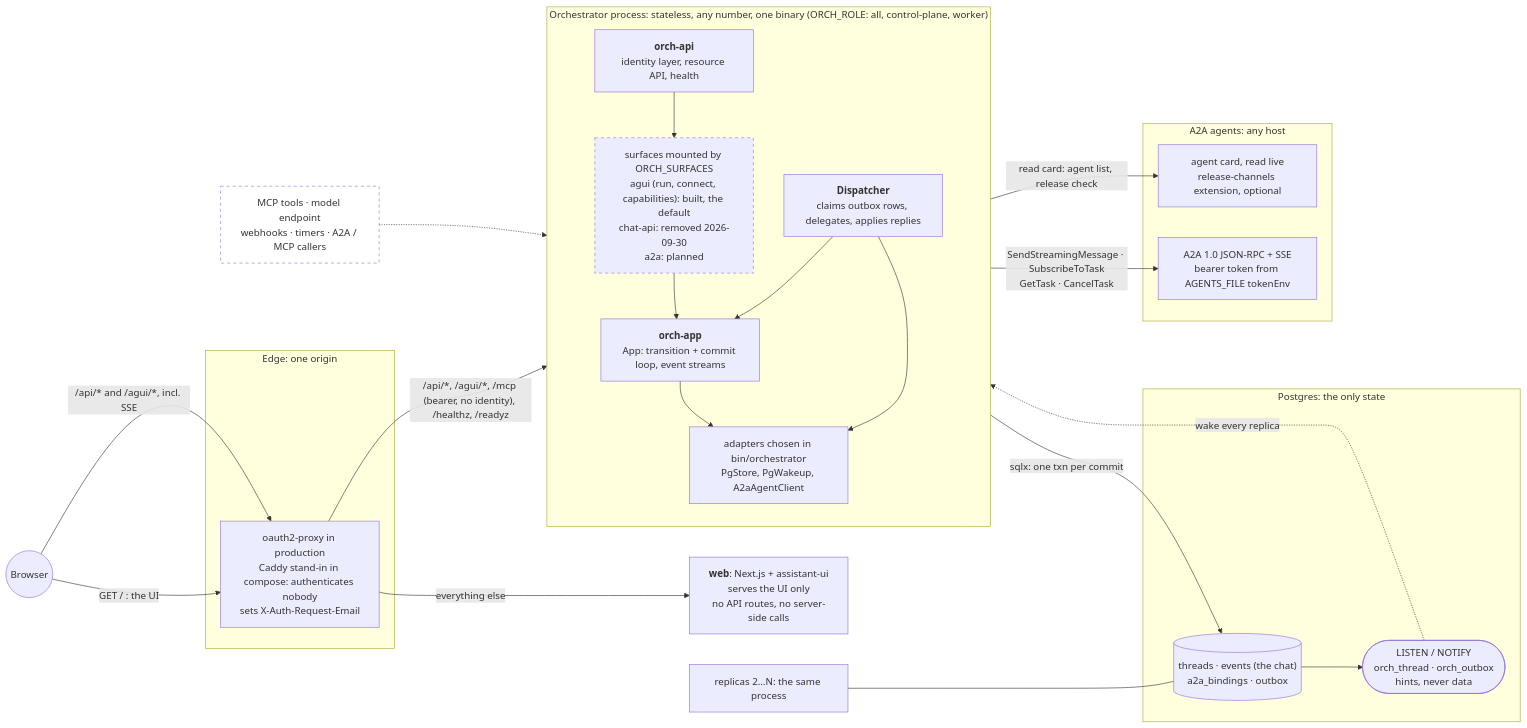
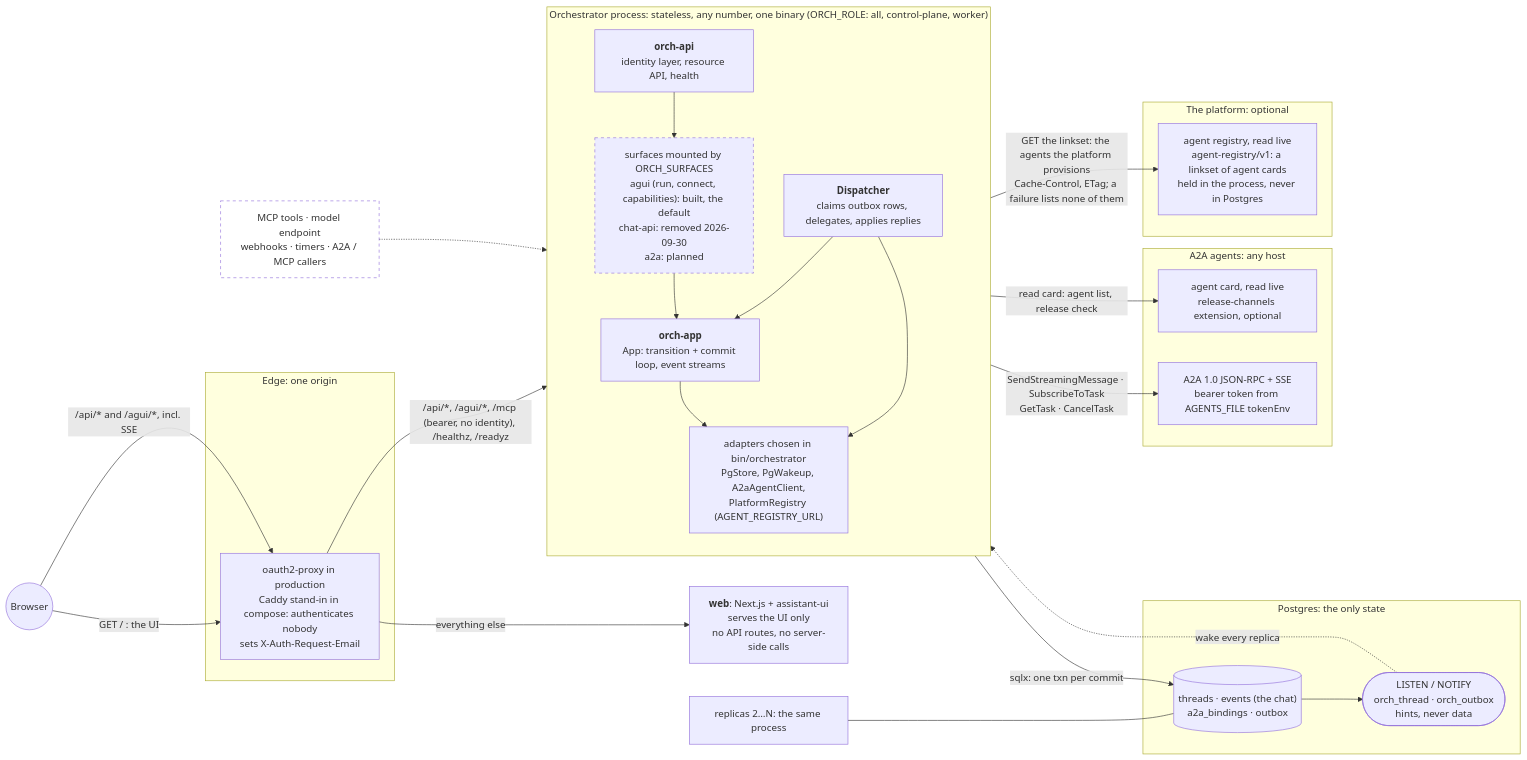
Before and after one commit to vymalo/another-agentic-system: the first of 14 diagrams in docs/architecture.md, drawn with Mermaid. The commit also changed other lines of this file and 104 other files, not shown here.

First line of the commit message:
feat: agents read live from the platform registry (agent-registry/v1, MVP slice 9) (#87)

````diff
--- a/docs/architecture.md
+++ b/docs/architecture.md
@@ -76,42 +76,46 @@
 ```mermaid
 flowchart LR
   browser(("Browser"))
   subgraph EDGE["Edge: one origin"]
     edge["oauth2-proxy in production<br/>Caddy stand-in in compose: authenticates nobody<br/>sets X-Auth-Request-Email"]
   end
   web["<b>web</b>: Next.js + assistant-ui<br/>serves the UI only<br/>no API routes, no server-side calls"]
   subgraph REPLICA["Orchestrator process: stateless, any number, one binary (ORCH_ROLE: all, control-plane, worker)"]
     direction TB
     api["<b>orch-api</b><br/>identity layer, resource API, health"]
     surfaces["surfaces mounted by ORCH_SURFACES<br/>agui (run, connect, capabilities): built, the default<br/>chat-api: removed 2026-09-30<br/>a2a: planned"]
     app["<b>orch-app</b><br/>App: transition + commit loop, event streams"]
     disp["<b>Dispatcher</b><br/>claims outbox rows, delegates, applies replies"]
-    adapters["adapters chosen in bin/orchestrator<br/>PgStore, PgWakeup, A2aAgentClient"]
+    adapters["adapters chosen in bin/orchestrator<br/>PgStore, PgWakeup, A2aAgentClient,<br/>PlatformRegistry (AGENT_REGISTRY_URL)"]
     api --> surfaces --> app
     disp --> app
     app --> adapters
     disp --> adapters
   end
   subgraph PG["Postgres: the only state"]
     tables[("threads · events (the chat)<br/>a2a_bindings · outbox")]
     notify(["LISTEN / NOTIFY<br/>orch_thread · orch_outbox<br/>hints, never data"])
   end
   subgraph AGENTS["A2A agents: any host"]
     card["agent card, read live<br/>release-channels extension, optional"]
     a2a["A2A 1.0 JSON-RPC + SSE<br/>bearer token from AGENTS_FILE tokenEnv"]
   end
+  subgraph PLATFORM["The platform: optional"]
+    registry["agent registry, read live<br/>agent-registry/v1: a linkset of agent cards<br/>held in the process, never in Postgres"]
+  end
   browser -- "GET / : the UI" --> edge
   browser -- "/api/* and /agui/*, incl. SSE" --> edge
   edge -- "everything else" --> web
   edge -- "/api/*, /agui/*, /mcp (bearer, no identity), /healthz, /readyz" --> api
   adapters -- "sqlx: one txn per commit" --> tables
   tables --> notify
   notify -. "wake every replica" .-> adapters
   adapters -- "SendStreamingMessage · SubscribeToTask<br/>GetTask · CancelTask" --> a2a
   adapters -- "read card: agent list, release check" --> card
+  adapters -- "GET the linkset: the agents the platform provisions<br/>Cache-Control, ETag; a failure lists none of them" --> registry
   more["replicas 2…N: the same process"] --- tables
   mcp["MCP tools · model endpoint<br/>webhooks · timers · A2A / MCP callers"]:::planned
   mcp -.-> api
   classDef planned stroke-dasharray: 5 5,fill:none
   style surfaces stroke-dasharray: 5 5
 ```
````
